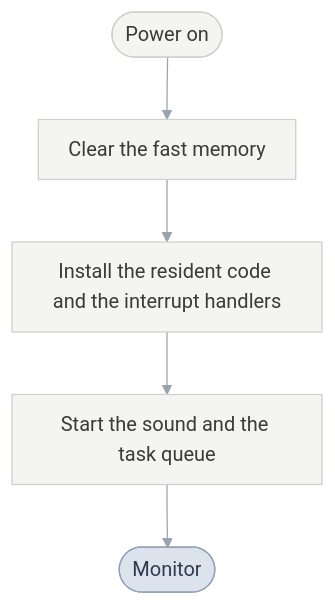
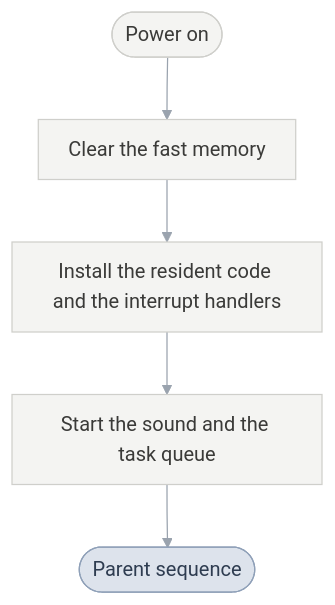
One commit to PascalPixel/alchemy changed the second of 9 diagrams in games/tbs/README.md. Above: the diagram before and after it, drawn with Mermaid. The commit also changed other lines of this file and 99 other files, not shown here.

````diff
--- a/games/tbs/README.md
+++ b/games/tbs/README.md
@@ -84,14 +86,14 @@
 ```mermaid
 %%{init: {"theme": "base", "themeVariables": {"lineColor": "#9AA3AE", "edgeLabelBackground": "#FFFFFF"}, "flowchart": {"curve": "basis", "padding": 12}}}%%
 flowchart TD
   power(["Power on"]) --> memory["Clear the fast memory"] --> irq["Install the resident code and the interrupt handlers"]
-  irq --> services["Start the sound and the task queue"] --> seq(["Monitor"])
-  classDef monitor fill:#DDE3EC,stroke:#8FA0B8,color:#2E3C50
-  classDef sceneProgram fill:#D2EEF3,stroke:#7FC3D0,color:#1E5966
+  irq --> services["Start the sound and the task queue"] --> seq(["Parent sequence"])
+  classDef parentSequence fill:#DDE3EC,stroke:#8FA0B8,color:#2E3C50
+  classDef sceneSequence fill:#D2EEF3,stroke:#7FC3D0,color:#1E5966
   classDef battle fill:#F6D5D2,stroke:#D9928B,color:#8A2A22
-  classDef sceneManager fill:#D3EBD9,stroke:#8DC49E,color:#25603A
+  classDef sceneLoop fill:#D3EBD9,stroke:#8DC49E,color:#25603A
   classDef request fill:#FBE7C6,stroke:#E0B46A,color:#7A5212
   classDef step fill:#F4F4F2,stroke:#CFCFCB,color:#3A3A38
-  class seq monitor
+  class seq parentSequence
   class power,memory,irq,services step
 ```
````
